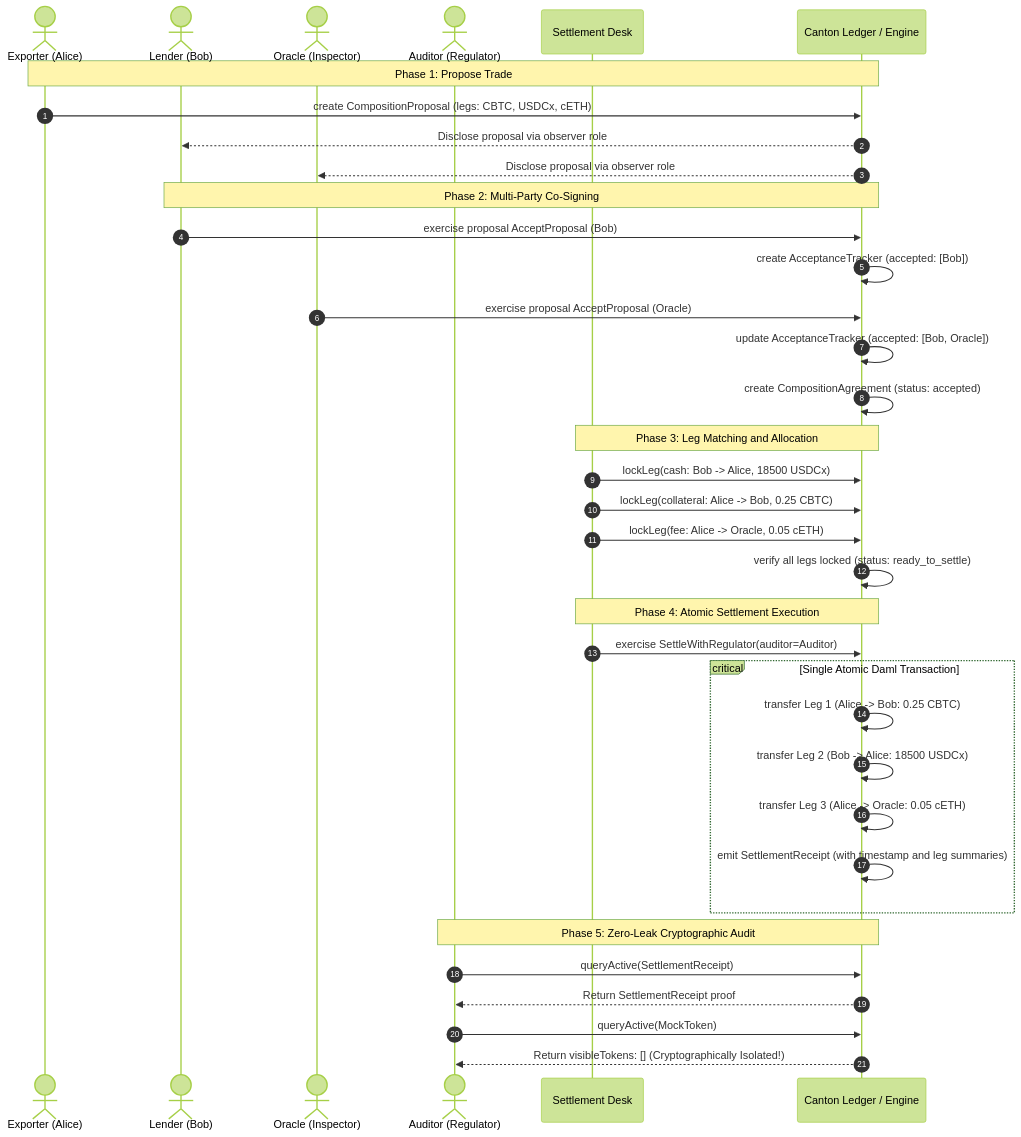
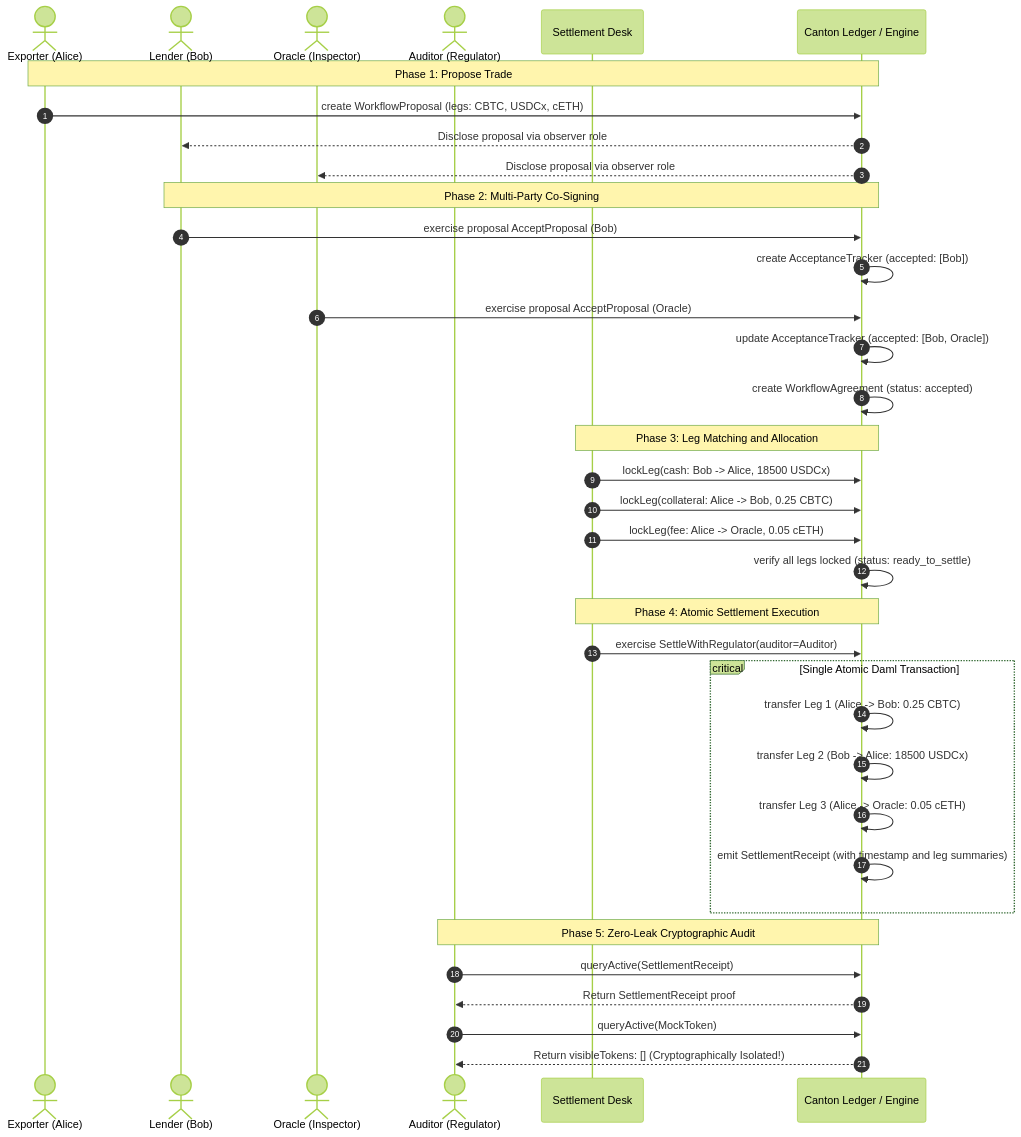
Before and after one commit to BikkoFarms/Composition-Protocol: the third of 10 diagrams in docs/ARCHITECTURE.md, drawn with Mermaid (forest theme). The commit also changed other lines of this file and 30 other files, not shown here.

````diff
--- a/docs/ARCHITECTURE.md
+++ b/docs/ARCHITECTURE.md
@@ -114,43 +114,43 @@
 ```mermaid
 sequenceDiagram
     autonumber
     actor Alice as Exporter (Alice)
     actor Bob as Lender (Bob)
     actor Oracle as Oracle (Inspector)
     actor Auditor as Auditor (Regulator)
     participant Desk as Settlement Desk
     participant Ledger as Canton Ledger / Engine
 
     Note over Alice,Ledger: Phase 1: Propose Trade
-    Alice->>Ledger: create CompositionProposal (legs: CBTC, USDCx, cETH)
+    Alice->>Ledger: create WorkflowProposal (legs: CBTC, USDCx, cETH)
     Ledger-->>Bob: Disclose proposal via observer role
     Ledger-->>Oracle: Disclose proposal via observer role
 
     Note over Bob,Ledger: Phase 2: Multi-Party Co-Signing
     Bob->>Ledger: exercise proposal AcceptProposal (Bob)
     Ledger->>Ledger: create AcceptanceTracker (accepted: [Bob])
     Oracle->>Ledger: exercise proposal AcceptProposal (Oracle)
     Ledger->>Ledger: update AcceptanceTracker (accepted: [Bob, Oracle])
-    Ledger->>Ledger: create CompositionAgreement (status: accepted)
+    Ledger->>Ledger: create WorkflowAgreement (status: accepted)
 
     Note over Desk,Ledger: Phase 3: Leg Matching and Allocation
     Desk->>Ledger: lockLeg(cash: Bob -> Alice, 18500 USDCx)
     Desk->>Ledger: lockLeg(collateral: Alice -> Bob, 0.25 CBTC)
     Desk->>Ledger: lockLeg(fee: Alice -> Oracle, 0.05 cETH)
     Ledger->>Ledger: verify all legs locked (status: ready_to_settle)
 
     Note over Desk,Ledger: Phase 4: Atomic Settlement Execution
     Desk->>Ledger: exercise SettleWithRegulator(auditor=Auditor)
     critical Single Atomic Daml Transaction
         Ledger->>Ledger: transfer Leg 1 (Alice -> Bob: 0.25 CBTC)
         Ledger->>Ledger: transfer Leg 2 (Bob -> Alice: 18500 USDCx)
         Ledger->>Ledger: transfer Leg 3 (Alice -> Oracle: 0.05 cETH)
         Ledger->>Ledger: emit SettlementReceipt (with timestamp and leg summaries)
     end
 
     Note over Auditor,Ledger: Phase 5: Zero-Leak Cryptographic Audit
     Auditor->>Ledger: queryActive(SettlementReceipt)
     Ledger-->>Auditor: Return SettlementReceipt proof
     Auditor->>Ledger: queryActive(MockToken)
     Ledger-->>Auditor: Return visibleTokens: [] (Cryptographically Isolated!)
 ```
````
